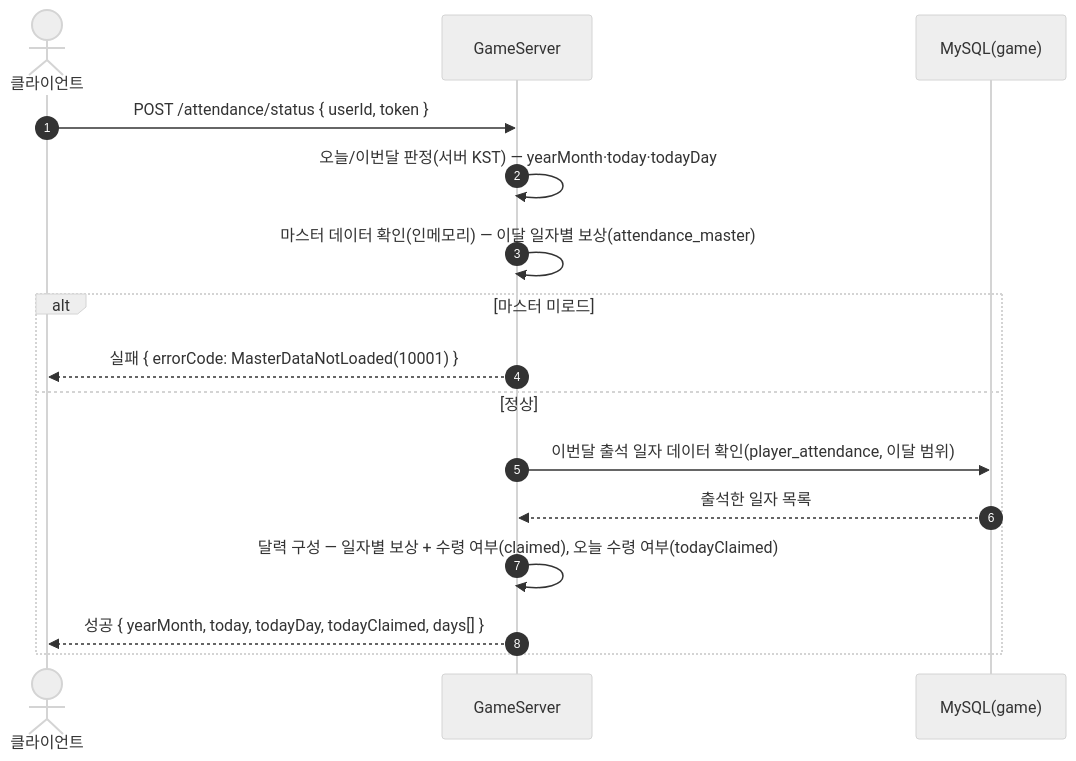
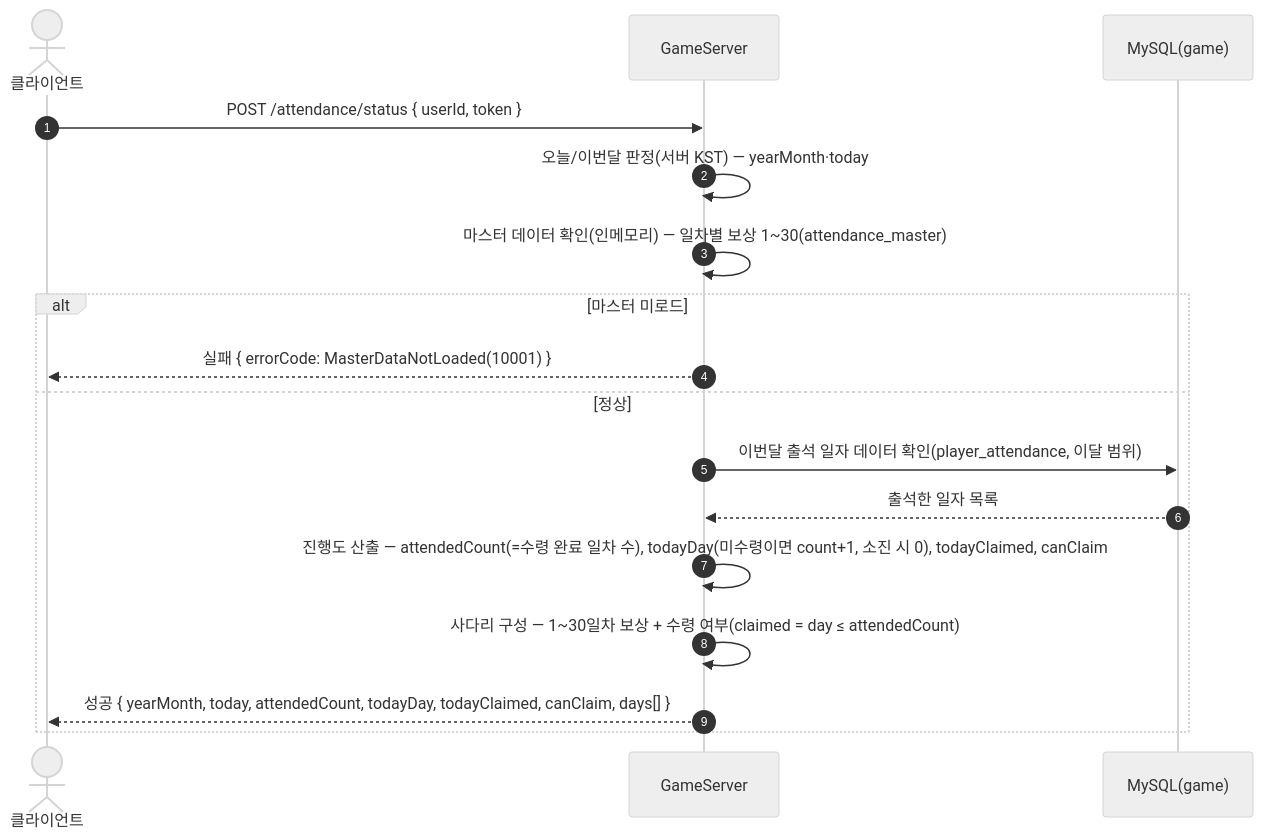
Before and after one commit to ks-wook/com2us-taskbar-hero: diagram 24 of 26 in SequenceDiagram/README.md, drawn with Mermaid (neutral theme). The commit also changed other lines of this file and 26 other files, not shown here.

````diff
--- a/SequenceDiagram/README.md
+++ b/SequenceDiagram/README.md
@@ -664,19 +666,20 @@
 ```mermaid
 sequenceDiagram
     autonumber
     actor C as 클라이언트
     participant S as GameServer
     participant DB as MySQL(game)
 
     C->>S: POST /attendance/status { userId, token }
-    S->>S: 오늘/이번달 판정(서버 KST) — yearMonth·today·todayDay
-    S->>S: 마스터 데이터 확인(인메모리) — 이달 일자별 보상(attendance_master)
+    S->>S: 오늘/이번달 판정(서버 KST) — yearMonth·today
+    S->>S: 마스터 데이터 확인(인메모리) — 일차별 보상 1~30(attendance_master)
     alt 마스터 미로드
         S-->>C: 실패 { errorCode: MasterDataNotLoaded(10001) }
     else 정상
         S->>DB: 이번달 출석 일자 데이터 확인(player_attendance, 이달 범위)
         DB-->>S: 출석한 일자 목록
-        S->>S: 달력 구성 — 일자별 보상 + 수령 여부(claimed), 오늘 수령 여부(todayClaimed)
-        S-->>C: 성공 { yearMonth, today, todayDay, todayClaimed, days[] }
+        S->>S: 진행도 산출 — attendedCount(=수령 완료 일차 수), todayDay(미수령이면 count+1, 소진 시 0), todayClaimed, canClaim
+        S->>S: 사다리 구성 — 1~30일차 보상 + 수령 여부(claimed = day ≤ attendedCount)
+        S-->>C: 성공 { yearMonth, today, attendedCount, todayDay, todayClaimed, canClaim, days[] }
     end
 ```
````
